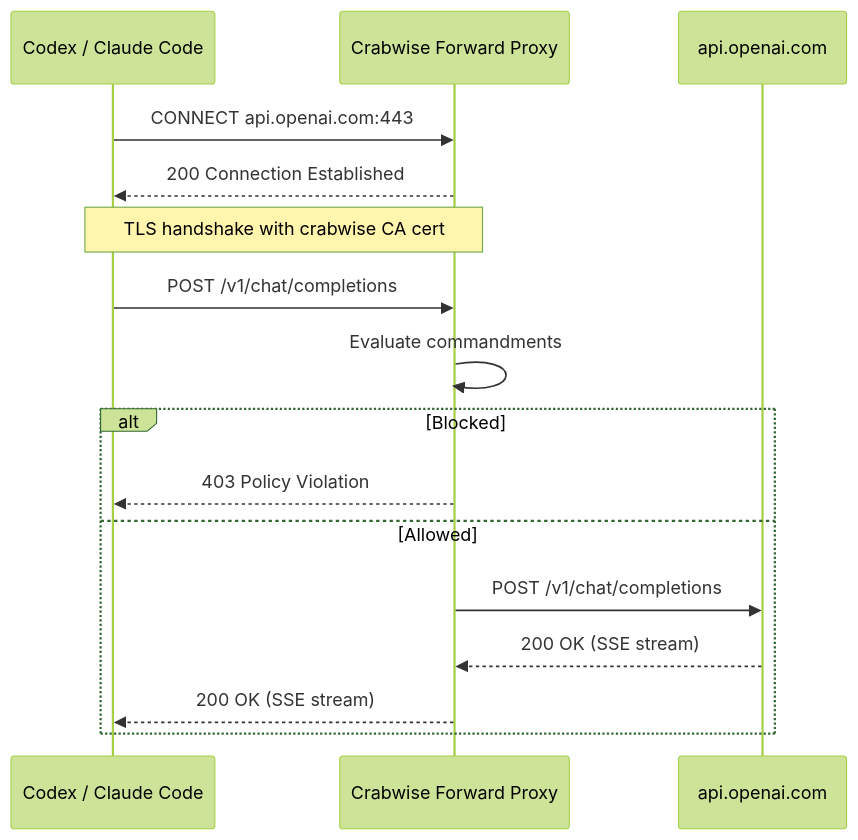
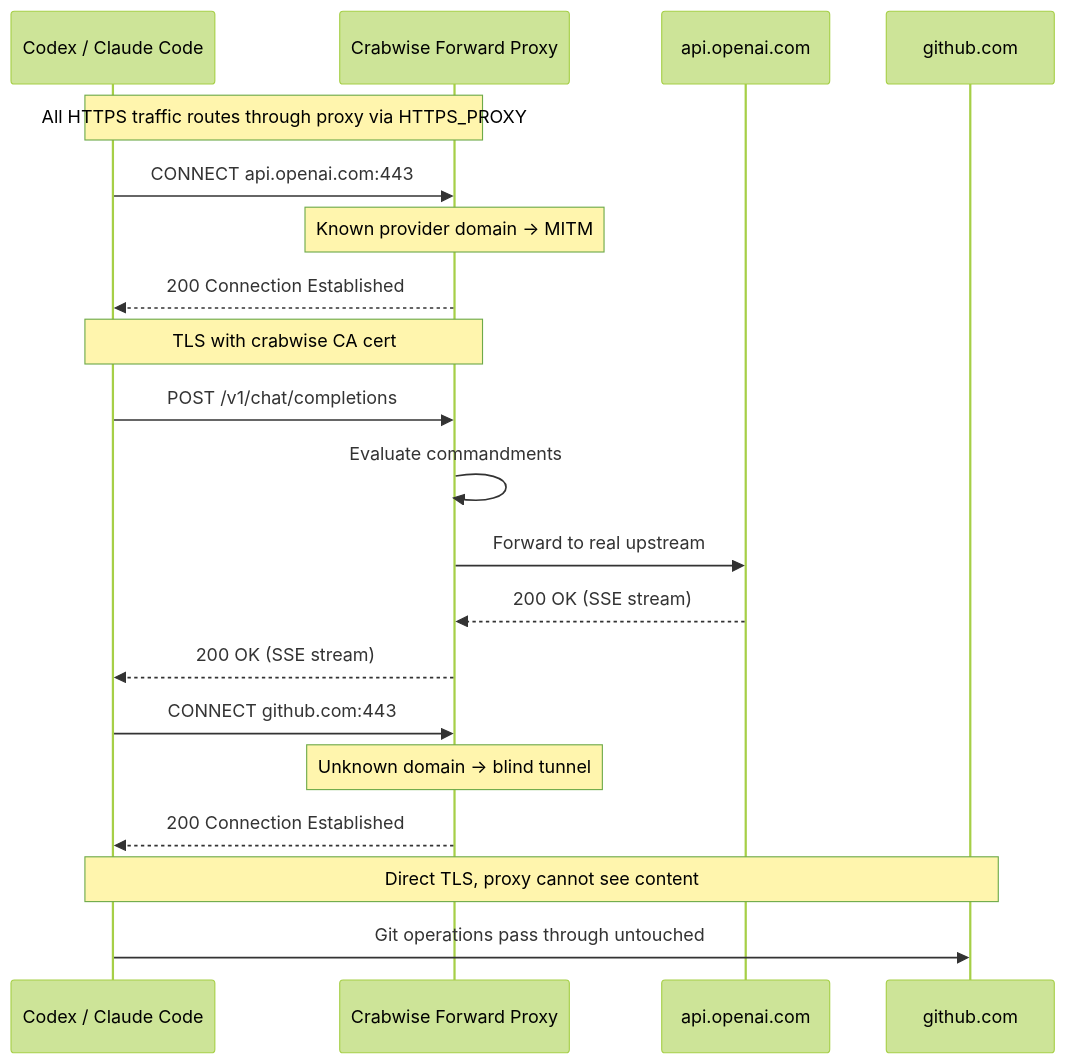
One commit to crabwise-ai/crabwise changed the diagram in docs/plans/proxy_enforcement_architecture_c24009cc.plan.md. Above: the diagram before and after it, drawn with Mermaid (forest theme). The commit also changed other lines of this file, not shown here.

First line of the commit message:
docs: refine proxy enforcement architecture plan with updated implementation details

````diff
--- a/docs/plans/proxy_enforcement_architecture_c24009cc.plan.md
+++ b/docs/plans/proxy_enforcement_architecture_c24009cc.plan.md
@@ -65,19 +50,25 @@
 ```mermaid
 sequenceDiagram
     participant Client as Codex / Claude Code
     participant Proxy as Crabwise Forward Proxy
-    participant Upstream as api.openai.com
+    participant AI as api.openai.com
+    participant Other as github.com
+
+    Note over Client,Proxy: All HTTPS traffic routes through proxy via HTTPS_PROXY
 
     Client->>Proxy: CONNECT api.openai.com:443
+    Note over Proxy: Known provider domain -> MITM
     Proxy-->>Client: 200 Connection Established
-    Note over Client,Proxy: TLS handshake with crabwise CA cert
+    Note over Client,Proxy: TLS with crabwise CA cert
     Client->>Proxy: POST /v1/chat/completions
     Proxy->>Proxy: Evaluate commandments
-    alt Blocked
-        Proxy-->>Client: 403 Policy Violation
-    else Allowed
-        Proxy->>Upstream: POST /v1/chat/completions
-        Upstream-->>Proxy: 200 OK (SSE stream)
-        Proxy-->>Client: 200 OK (SSE stream)
-    end
+    Proxy->>AI: Forward to real upstream
+    AI-->>Proxy: 200 OK (SSE stream)
+    Proxy-->>Client: 200 OK (SSE stream)
+
+    Client->>Proxy: CONNECT github.com:443
+    Note over Proxy: Unknown domain -> blind tunnel
+    Proxy-->>Client: 200 Connection Established
+    Note over Client,Other: Direct TLS, proxy cannot see content
+    Client->>Other: Git operations pass through untouched
 ```
````
